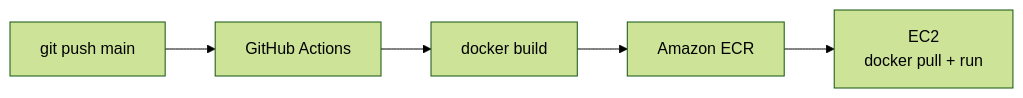
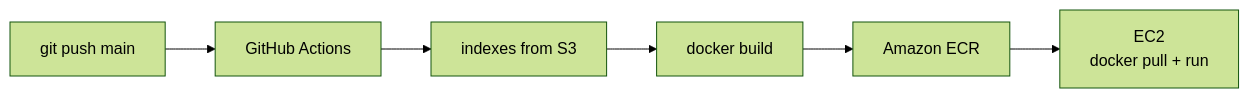
One commit to hmz8elf/AWS-RAG changed the second of 2 diagrams in README.md. Above: the diagram before and after it, drawn with Mermaid (forest theme). The commit also changed other lines of this file and 2 other files, not shown here.

First line of the commit message:
CI: download FAISS indexes from S3 before docker build

````diff
--- a/README.md
+++ b/README.md
@@ -184,4 +185,4 @@
 ```mermaid
 flowchart LR
-    A["git push main"] --> B["GitHub Actions"] --> C["docker build"] --> D["Amazon ECR"] --> E["EC2<br/>docker pull + run"]
+    A["git push main"] --> B["GitHub Actions"] --> S["indexes from S3"] --> C["docker build"] --> D["Amazon ECR"] --> E["EC2<br/>docker pull + run"]
 ```
````
